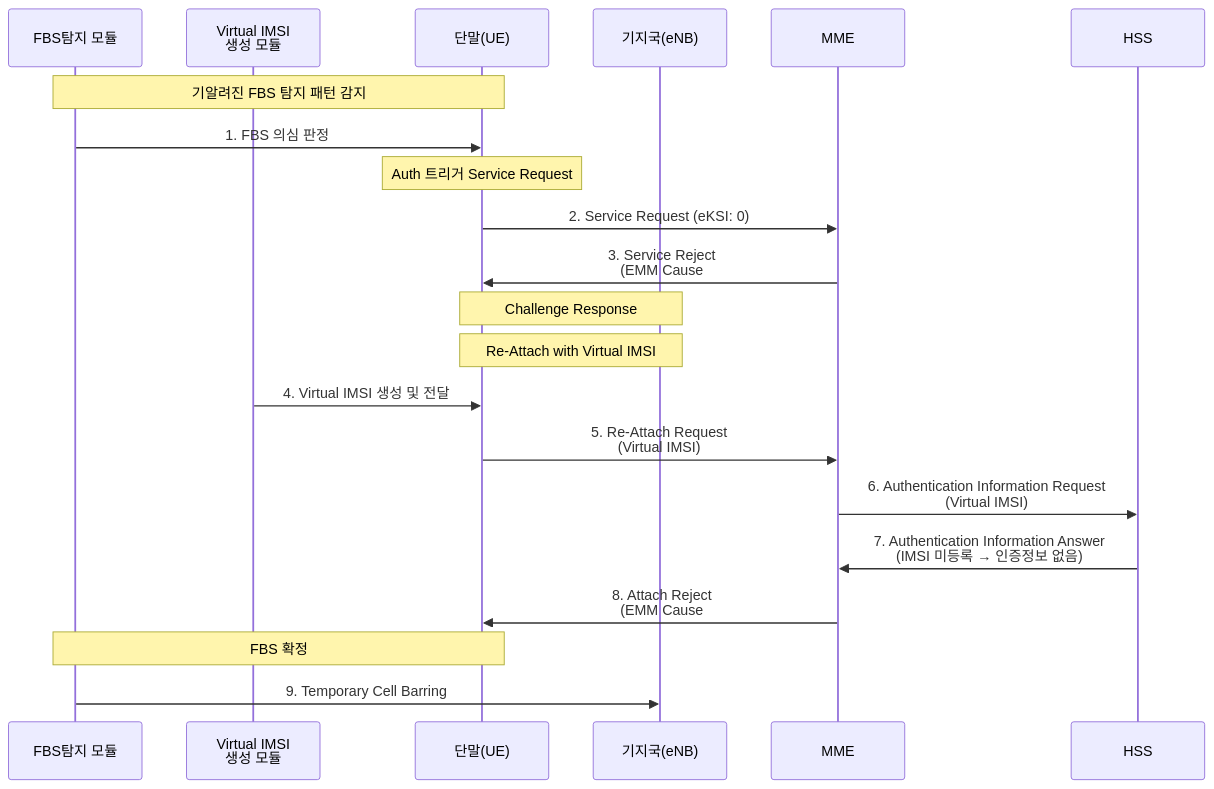
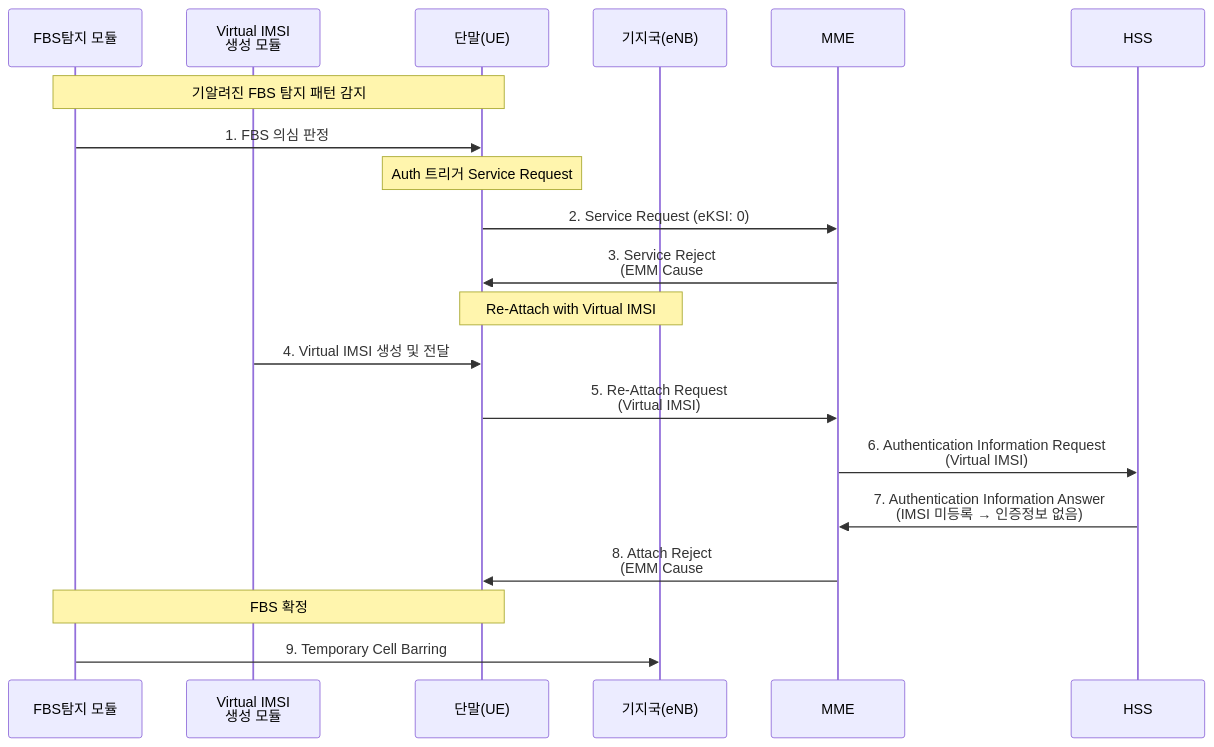
Before and after one commit to brianrobo/new-idea-flow: the fourth of 4 diagrams in sequence.md, drawn with Mermaid. The commit also changed other lines of this file, not shown here.

````diff
--- a/sequence.md
+++ b/sequence.md
@@ -72,24 +73,23 @@
 ```mermaid
 sequenceDiagram
     participant FBS as FBS탐지 모듈
     participant VIMSI as Virtual IMSI<br/>생성 모듈
     participant UE as 단말(UE)
     participant eNB as 기지국(eNB)
     participant MME as MME
     participant HSS as HSS
 
     Note over FBS,UE: 기알려진 FBS 탐지 패턴 감지
     FBS->>UE: 1. FBS 의심 판정
     Note over UE: Auth 트리거 Service Request
     UE->>MME: 2. Service Request (eKSI: 0)
     MME->>UE: 3. Service Reject<br/>(EMM Cause #9 또는 #10)
-    Note over UE,eNB: Challenge Response
     Note over UE,eNB: Re-Attach with Virtual IMSI
     VIMSI->>UE: 4. Virtual IMSI 생성 및 전달
     UE->>MME: 5. Re-Attach Request<br/>(Virtual IMSI)
     MME->>HSS: 6. Authentication Information Request<br/>(Virtual IMSI)
     HSS->>MME: 7. Authentication Information Answer<br/>(IMSI 미등록 → 인증정보 없음)
     MME->>UE: 8. Attach Reject<br/>(EMM Cause #2 또는 #8)
     Note over FBS,UE: FBS 확정
     FBS->>eNB: 9. Temporary Cell Barring
 ```
````
